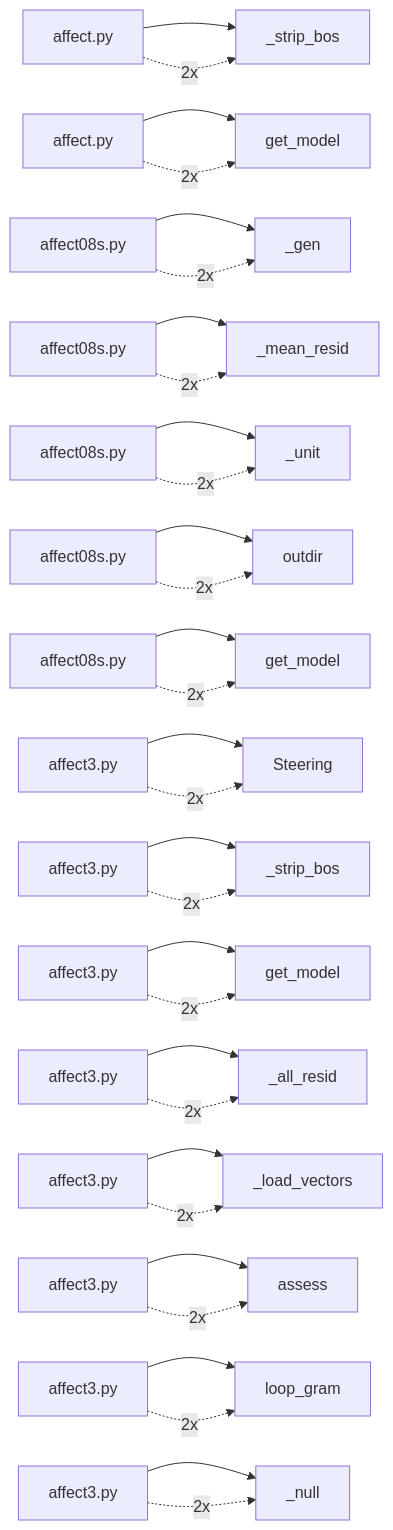
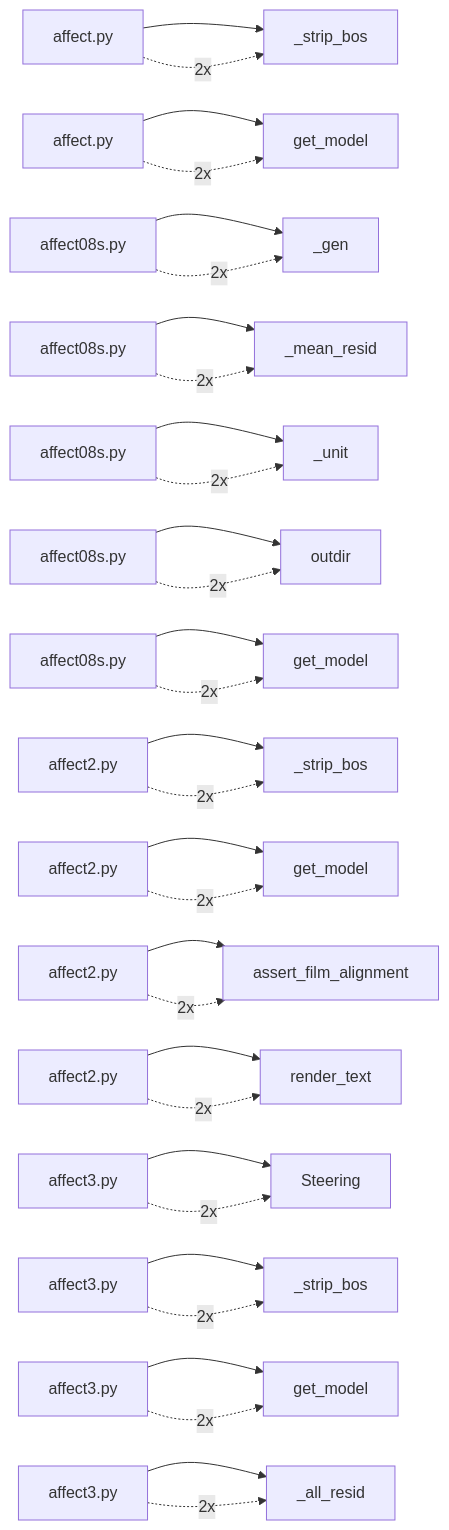
Before and after one commit to wolframs/jspace-probes: the first of 2 diagrams in .mentis/context/dependencies.md, drawn with Mermaid. The commit also changed other lines of this file and 70 other files, not shown here.

````diff
--- a/.mentis/context/dependencies.md
+++ b/.mentis/context/dependencies.md
@@ -7,33 +7,33 @@
 ```mermaid
 flowchart LR
   A0["affect.py"] --> B0["_strip_bos"]
   A0 -. 2x .-> B0
   A1["affect.py"] --> B1["get_model"]
   A1 -. 2x .-> B1
   A2["affect08s.py"] --> B2["_gen"]
   A2 -. 2x .-> B2
   A3["affect08s.py"] --> B3["_mean_resid"]
   A3 -. 2x .-> B3
   A4["affect08s.py"] --> B4["_unit"]
   A4 -. 2x .-> B4
   A5["affect08s.py"] --> B5["outdir"]
   A5 -. 2x .-> B5
   A6["affect08s.py"] --> B6["get_model"]
   A6 -. 2x .-> B6
-  A7["affect3.py"] --> B7["Steering"]
+  A7["affect2.py"] --> B7["_strip_bos"]
   A7 -. 2x .-> B7
-  A8["affect3.py"] --> B8["_strip_bos"]
+  A8["affect2.py"] --> B8["get_model"]
   A8 -. 2x .-> B8
-  A9["affect3.py"] --> B9["get_model"]
+  A9["affect2.py"] --> B9["assert_film_alignment"]
   A9 -. 2x .-> B9
-  A10["affect3.py"] --> B10["_all_resid"]
+  A10["affect2.py"] --> B10["render_text"]
   A10 -. 2x .-> B10
-  A11["affect3.py"] --> B11["_load_vectors"]
+  A11["affect3.py"] --> B11["Steering"]
   A11 -. 2x .-> B11
-  A12["affect3.py"] --> B12["assess"]
+  A12["affect3.py"] --> B12["_strip_bos"]
   A12 -. 2x .-> B12
-  A13["affect3.py"] --> B13["loop_gram"]
+  A13["affect3.py"] --> B13["get_model"]
   A13 -. 2x .-> B13
-  A14["affect3.py"] --> B14["_null"]
+  A14["affect3.py"] --> B14["_all_resid"]
   A14 -. 2x .-> B14
 ```
````
